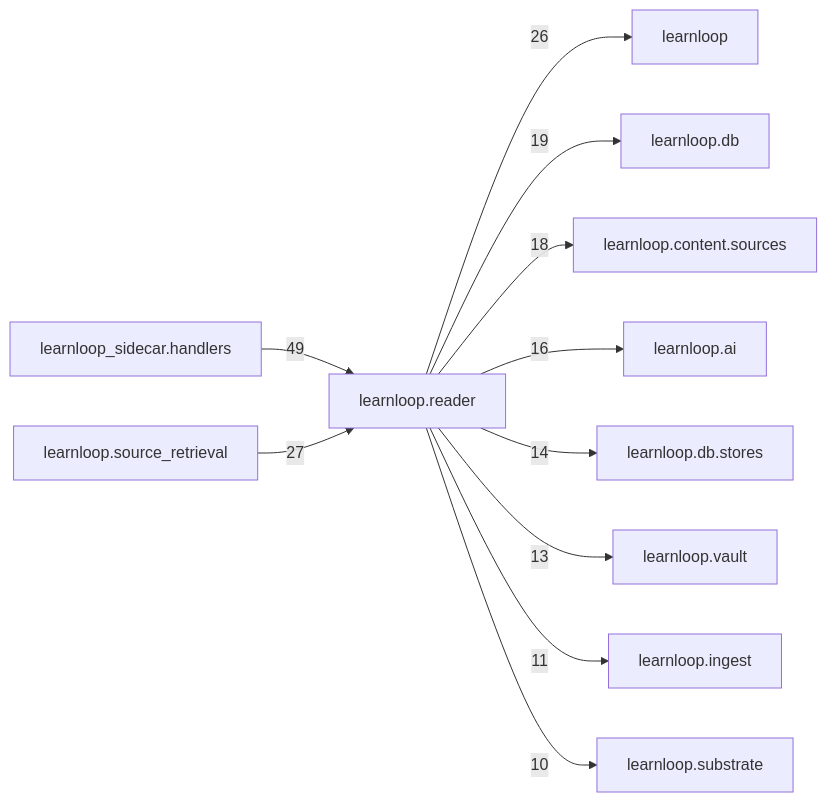
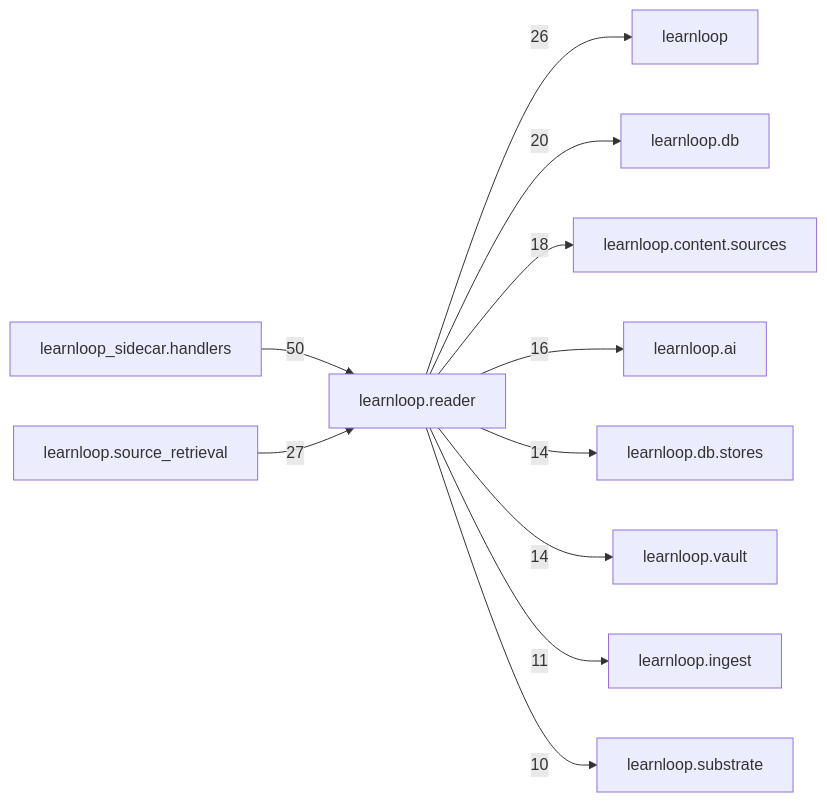
Before and after one commit to 6up-b/learnanything: the diagram in docs/learnloop-architecture-vault/Reference/Modules/learnloop/reader/_package.md, drawn with Mermaid. The commit also changed other lines of this file and 136 other files, not shown here.

````diff
--- a/docs/learnloop-architecture-vault/Reference/Modules/learnloop/reader/_package.md
+++ b/docs/learnloop-architecture-vault/Reference/Modules/learnloop/reader/_package.md
@@ -151,24 +153,24 @@
 ```mermaid
 flowchart LR
     center["learnloop.reader"]
     n_learnloop_sidecar_handlers["learnloop_sidecar.handlers"]
     n_learnloop_source_retrieval["learnloop.source_retrieval"]
     n_learnloop["learnloop"]
     n_learnloop_db["learnloop.db"]
     n_learnloop_content_sources["learnloop.content.sources"]
     n_learnloop_ai["learnloop.ai"]
     n_learnloop_db_stores["learnloop.db.stores"]
     n_learnloop_vault["learnloop.vault"]
     n_learnloop_ingest["learnloop.ingest"]
     n_learnloop_substrate["learnloop.substrate"]
-    n_learnloop_sidecar_handlers -->|49| center
+    n_learnloop_sidecar_handlers -->|50| center
     n_learnloop_source_retrieval -->|27| center
     center -->|26| n_learnloop
-    center -->|19| n_learnloop_db
+    center -->|20| n_learnloop_db
     center -->|18| n_learnloop_content_sources
     center -->|16| n_learnloop_ai
     center -->|14| n_learnloop_db_stores
-    center -->|13| n_learnloop_vault
+    center -->|14| n_learnloop_vault
     center -->|11| n_learnloop_ingest
     center -->|10| n_learnloop_substrate
 ```
````
